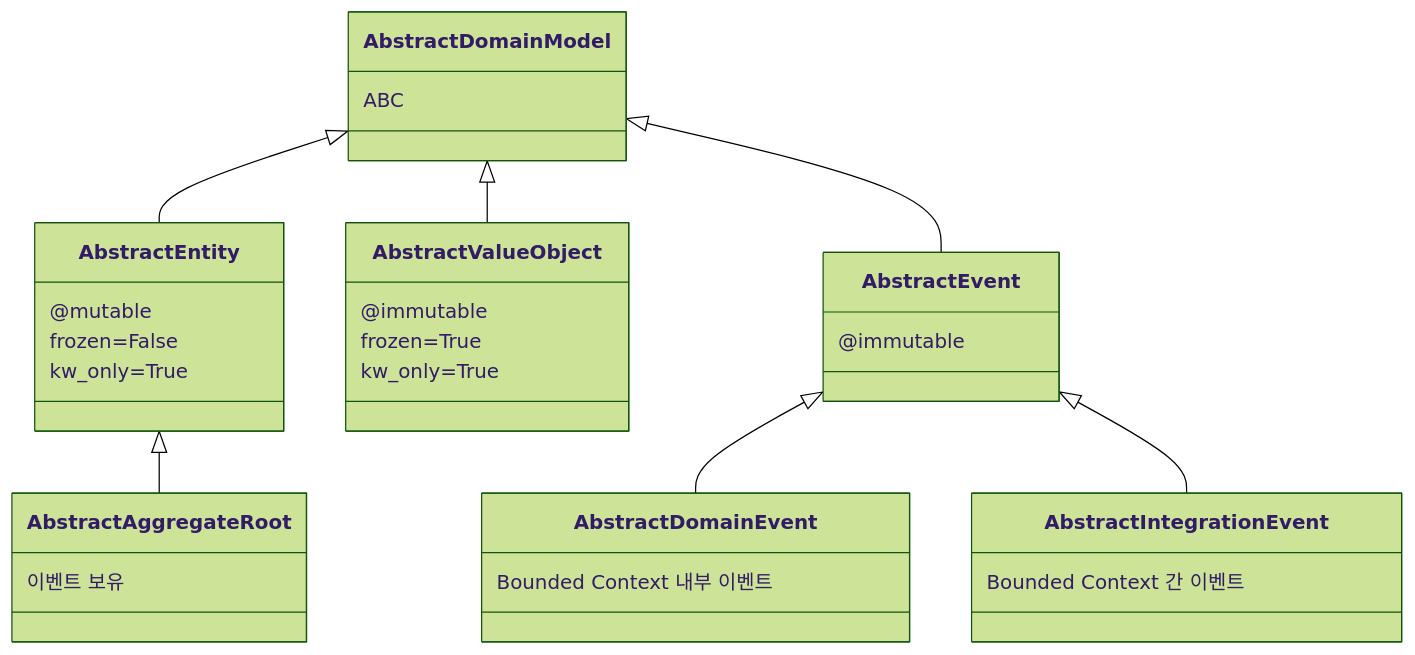
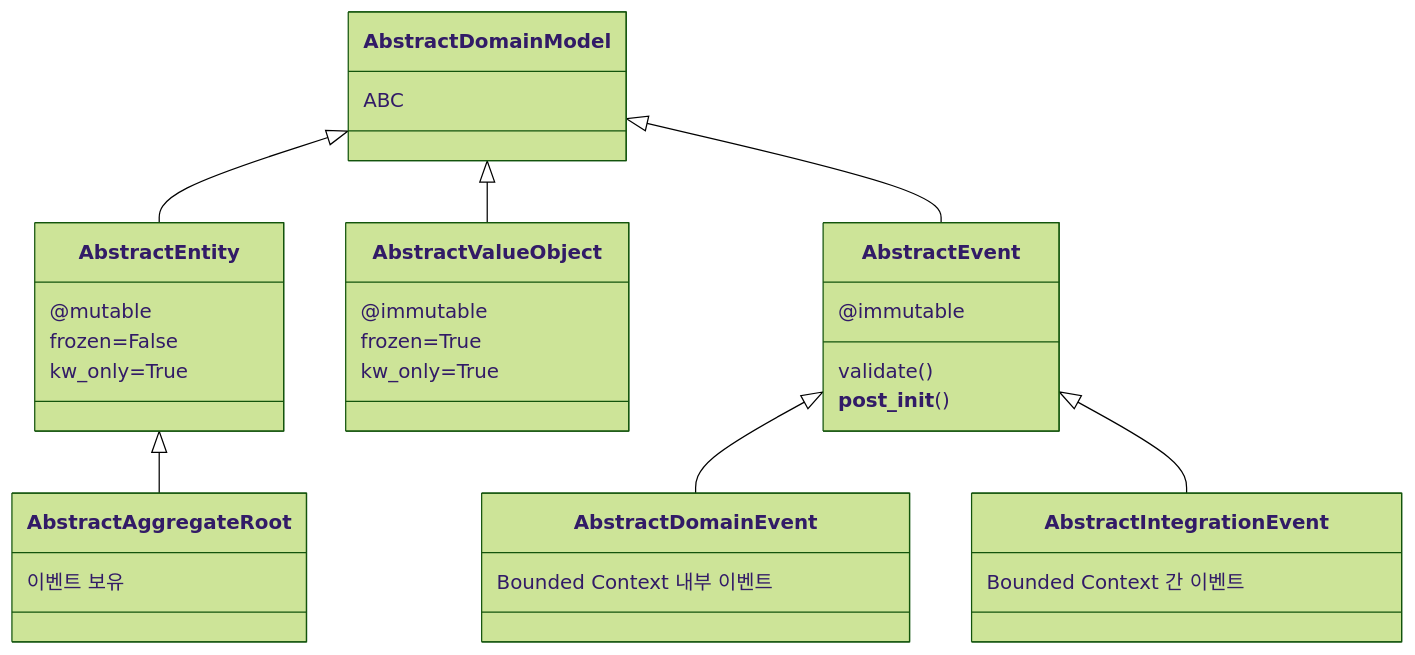
The fifth of 12 diagrams in ARCHITECTURE.md (E5presso/spakky-framework), drawn with Mermaid (forest theme) before and after one commit. The commit also changed other lines of this file and 6 other files, not shown here.

````diff
--- a/ARCHITECTURE.md
+++ b/ARCHITECTURE.md
@@ -568,35 +568,37 @@
 ```mermaid
 classDiagram
     AbstractDomainModel <|-- AbstractEntity
     AbstractEntity <|-- AbstractAggregateRoot
     AbstractDomainModel <|-- AbstractValueObject
     AbstractDomainModel <|-- AbstractEvent
     AbstractEvent <|-- AbstractDomainEvent
     AbstractEvent <|-- AbstractIntegrationEvent
 
     class AbstractDomainModel {
         ABC
     }
     class AbstractEntity {
         @mutable
         frozen=False
         kw_only=True
     }
     class AbstractAggregateRoot {
         이벤트 보유
     }
     class AbstractValueObject {
         @immutable
         frozen=True
         kw_only=True
     }
     class AbstractEvent {
         @immutable
+        validate()
+        __post_init__()
     }
     class AbstractDomainEvent {
         Bounded Context 내부 이벤트
     }
     class AbstractIntegrationEvent {
         Bounded Context 간 이벤트
     }
 ```
````
